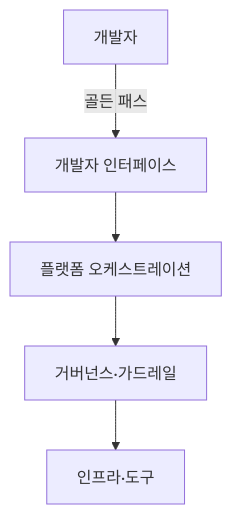
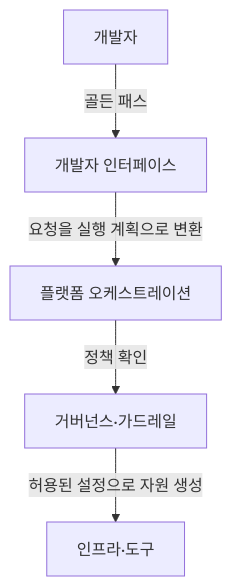
Before and after one commit to agnusdei1207/study: the second of 2 diagrams in src/content/docs/notes/itpe/02-software-engineering/033_platform_engineering.md, drawn with Mermaid. The commit also changed other lines of this file and 2 other files, not shown here.

Commit message:
Correct platform and architecture guidance

````diff
--- a/src/content/docs/notes/itpe/02-software-engineering/033_platform_engineering.md
+++ b/src/content/docs/notes/itpe/02-software-engineering/033_platform_engineering.md
@@ -88,7 +91,7 @@
 ```mermaid
 flowchart TB
     DEV["개발자"] -->|"골든 패스"| L1["개발자 인터페이스"]
-    L1 --> L2["플랫폼 오케스트레이션"]
-    L2 --> L3["거버넌스·가드레일"]
-    L3 --> L4["인프라·도구"]
+    L1 -->|"요청을 실행 계획으로 변환"| L2["플랫폼 오케스트레이션"]
+    L2 -->|"정책 확인"| L3["거버넌스·가드레일"]
+    L3 -->|"허용된 설정으로 자원 생성"| L4["인프라·도구"]
 ```
````
